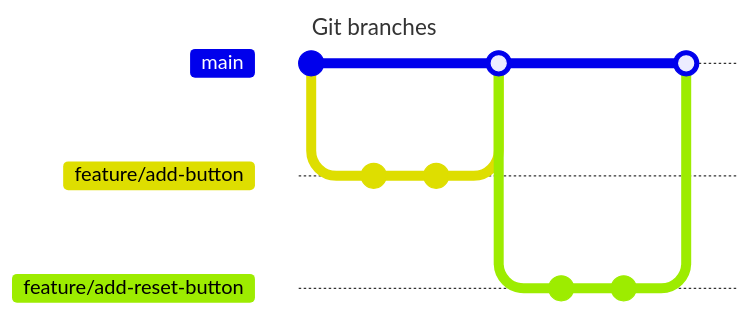
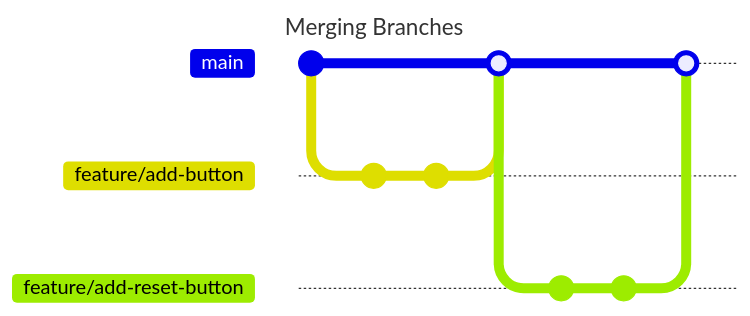
The third of 5 diagrams in readme.md (mikesh-maharjan-hyde/git-init), drawn with Mermaid before and after one commit. The commit also changed other lines of this file, not shown here. Commit ids are hidden.

````diff
--- a/readme.md
+++ b/readme.md
@@ -45,17 +63,17 @@
 ```mermaid
 ---
-title: Git branches
+title: Merging Branches
 ---
     gitGraph
         commit id: "Setup project"
         branch feature/add-button
         commit
         commit
         checkout main
         merge feature/add-button
         branch feature/add-reset-button
         commit
         commit
         checkout main
         merge feature/add-reset-button
 ```
````
